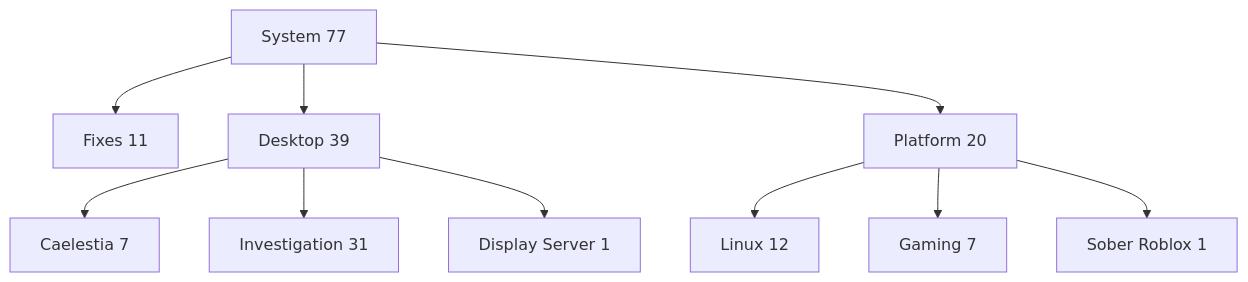
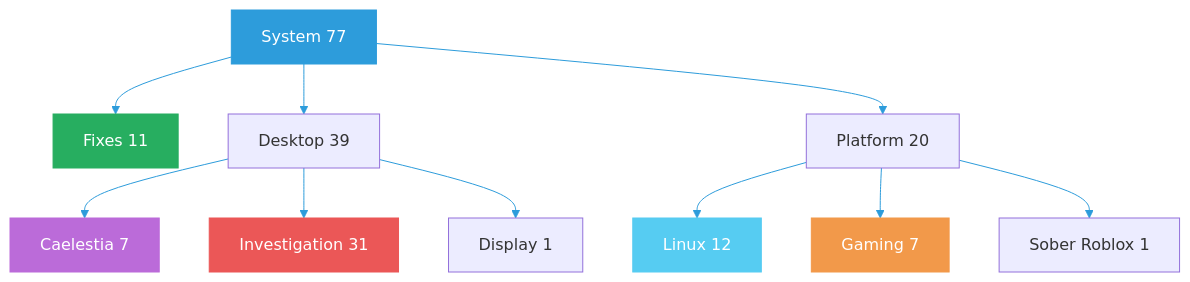
Before and after one commit to 444Nazky/My-Vault: the second of 9 diagrams in Graphs/Vault-Overview.md, drawn with Mermaid. The commit also changed other lines of this file and 15 other files, not shown here.

````diff
--- a/Graphs/Vault-Overview.md
+++ b/Graphs/Vault-Overview.md
@@ -21,12 +28,19 @@
 ```mermaid
+%%{init: {'theme': 'default', 'themeVariables': { 'primaryColor': '#2D9CDB', 'lineColor': '#2D9CDB'}}}%%
 graph TD
  SYS["System 77"] --> FIX["Fixes 11"]
  SYS --> DSK["Desktop 39"]
  SYS --> PLT["Platform 20"]
  DSK --> CAE["Caelestia 7"]
  DSK --> INV["Investigation 31"]
- DSK --> DSP["Display Server 1"]
+ DSK --> DSP["Display 1"]
  PLT --> LIN["Linux 12"]
  PLT --> GAM["Gaming 7"]
  PLT --> NEW["Sober Roblox 1"]
+ style SYS fill:#2D9CDB,stroke:#2D9CDB,color:#fff
+ style FIX fill:#27AE60,stroke:#27AE60,color:#fff
+ style INV fill:#EB5757,stroke:#EB5757,color:#fff
+ style CAE fill:#BB6BD9,stroke:#BB6BD9,color:#fff
+ style LIN fill:#56CCF2,stroke:#56CCF2,color:#fff
+ style GAM fill:#F2994A,stroke:#F2994A,color:#fff
 ```
````
